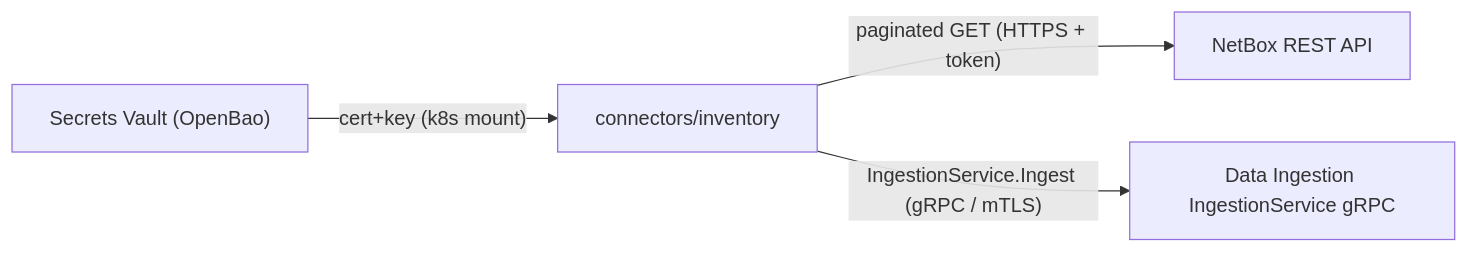
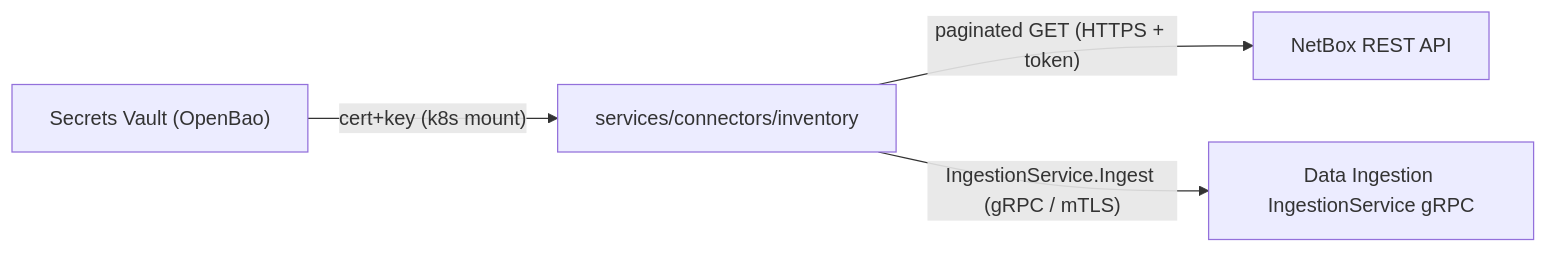
One commit to operational-context-graph/operational-context-graph changed the first of 3 diagrams in services/connectors/inventory/docs/diagrams/overview.md. Above: the diagram before and after it, drawn with Mermaid. The commit also changed 1 other file, not shown here.

Commit message:
docs(connectors/inventory): update diagram paths to services/connectors/inventory (NO-TICKET)

````diff
--- a/services/connectors/inventory/docs/diagrams/overview.md
+++ b/services/connectors/inventory/docs/diagrams/overview.md
@@ -5,11 +5,11 @@
 ```mermaid
 flowchart LR
     VAULT["Secrets Vault (OpenBao)"]
     NETBOX["NetBox REST API"]
-    CONNECTOR["connectors/inventory"]
+    CONNECTOR["services/connectors/inventory"]
     DI["Data Ingestion IngestionService gRPC"]
 
     VAULT -- "cert+key (k8s mount)" --> CONNECTOR
     CONNECTOR -- "paginated GET (HTTPS + token)" --> NETBOX
     CONNECTOR -- "IngestionService.Ingest (gRPC / mTLS)" --> DI
 ```
````
